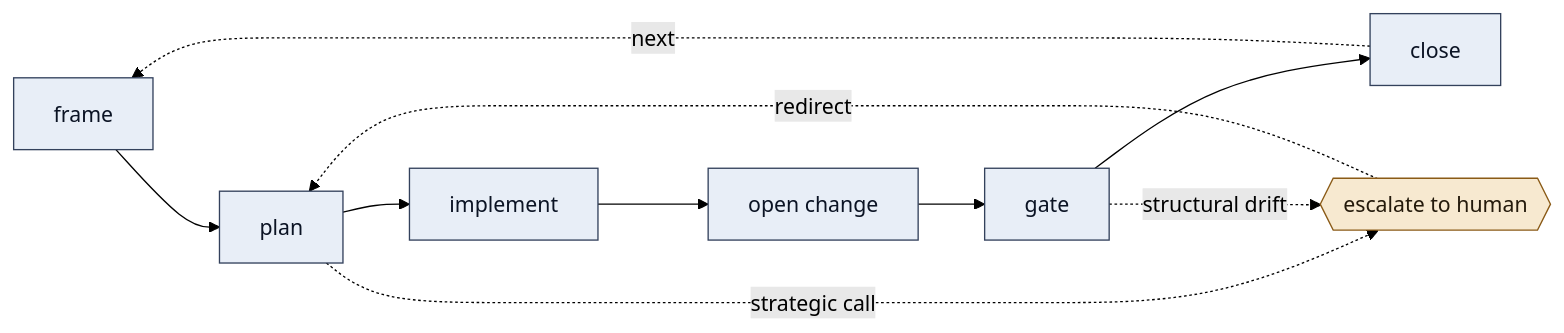
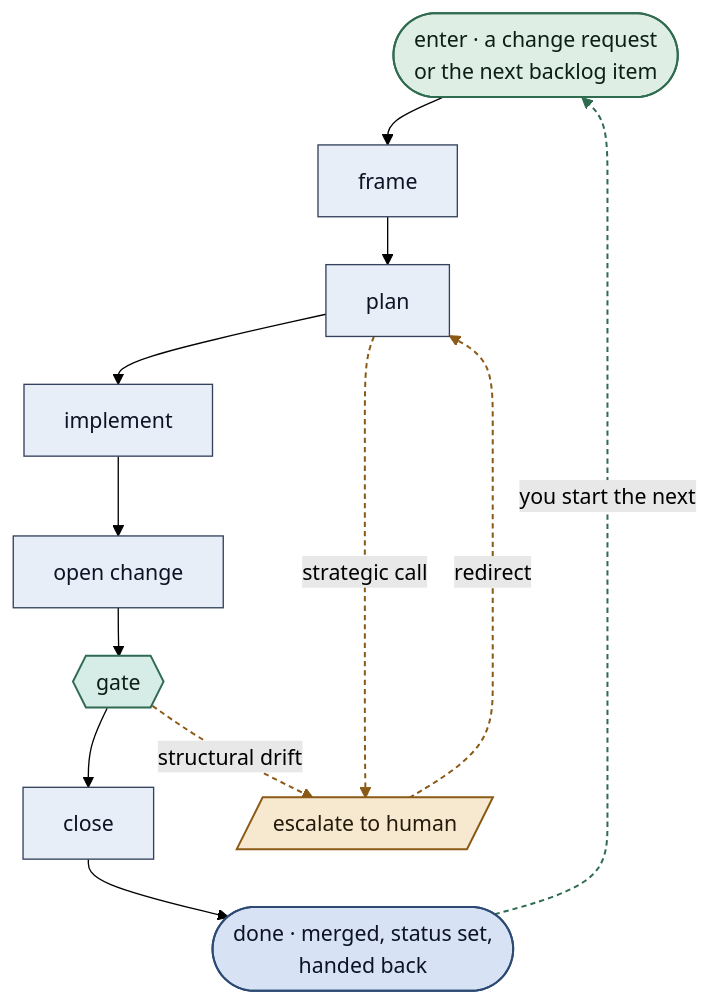
The first of 5 diagrams in README.md (innovestrum/keelson), drawn with Mermaid (forest theme) before and after one commit. The commit also changed other lines of this file, not shown here.

First line of the commit message:
docs(readme): vertical diagrams + richer styling (#2)

````diff
--- a/README.md
+++ b/README.md
@@ -9,12 +9,23 @@
 ```mermaid
-flowchart LR
-  F[frame] --> P[plan] --> I[implement] --> O[open change] --> G[gate] --> C[close]
-  C -. next .-> F
-  P -. strategic call .-> H{{escalate to human}}
+%%{init: {"flowchart": {"diagramPadding": 22, "nodeSpacing": 40, "rankSpacing": 36}}}%%
+flowchart TD
+  S([enter · a change request<br/>or the next backlog item]) --> F
+  F[frame] --> P[plan] --> I[implement] --> O[open change] --> G{{gate}} --> C[close]
+  C --> D([done · merged, status set,<br/>handed back])
+  D -. you start the next .-> S
+  P -. strategic call .-> H[/escalate to human/]
   G -. structural drift .-> H
   H -. redirect .-> P
-  classDef loop fill:#e8eef7,stroke:#33415c,color:#0b1324;
-  classDef human fill:#f7e9d0,stroke:#8a5a16,color:#241a0b;
-  class F,P,I,O,G,C loop;
+  classDef step fill:#e8eef7,stroke:#33415c,color:#0b1324,stroke-width:1px;
+  classDef enter fill:#dfeee4,stroke:#2f6b4f,color:#0b1f16,stroke-width:1.5px;
+  classDef done fill:#d7e3f4,stroke:#2c4a73,color:#0b1324,stroke-width:1.5px;
+  classDef gate fill:#d6ece6,stroke:#2f6b53,color:#0b1f16,stroke-width:1.5px;
+  classDef human fill:#f7e9d0,stroke:#8a5a16,color:#241a0b,stroke-width:1.5px;
+  class F,P,I,O,C step;
+  class S enter;
+  class D done;
+  class G gate;
   class H human;
+  linkStyle 7 stroke:#2f6b4f,stroke-width:1.5px,stroke-dasharray:4 3;
+  linkStyle 8,9,10 stroke:#8a5a16,stroke-width:1.5px,stroke-dasharray:4 3;
 ```
````
